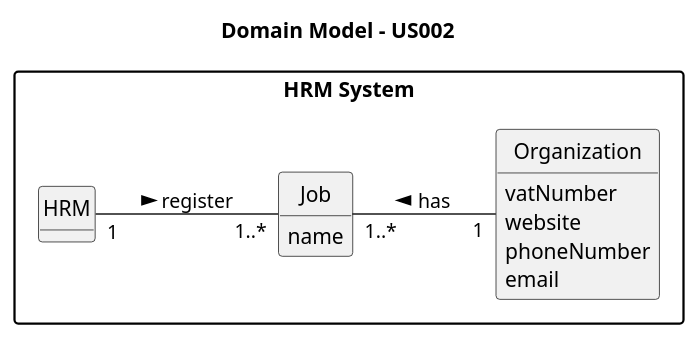
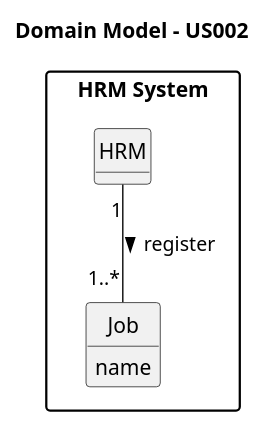
Before and after one commit to SAEmanuel/Green_Spaces_Management_ISEP: the diagram in docs/sprintB/us002/02.analysis/puml/us002-domain-model.puml, drawn with PlantUML. The commit also changed 6 other files, not shown here.

```diff
--- a/docs/sprintB/us002/02.analysis/puml/us002-domain-model.puml
+++ b/docs/sprintB/us002/02.analysis/puml/us002-domain-model.puml
@@ -1,40 +1,35 @@
 @startuml
 skinparam monochrome true
 skinparam packageStyle rectangle
 skinparam shadowing false
 
-left to right direction
+'left to right direction
 
 skinparam classAttributeIconSize 0
 
 hide circle
 hide methods
 package "HRM System" {
 
 title Domain Model - US002
 
 class HRM {
 }
 
-class Organization {
-vatNumber
-website
-phoneNumber
-email
-}
+
 
 class Job {
     name
 }
 
 
 
 
 
 HRM "1" -- "1..*" Job : register >
 
-Job "1..*" -- "1"Organization : has <
+
 
 
 
 @enduml
```
